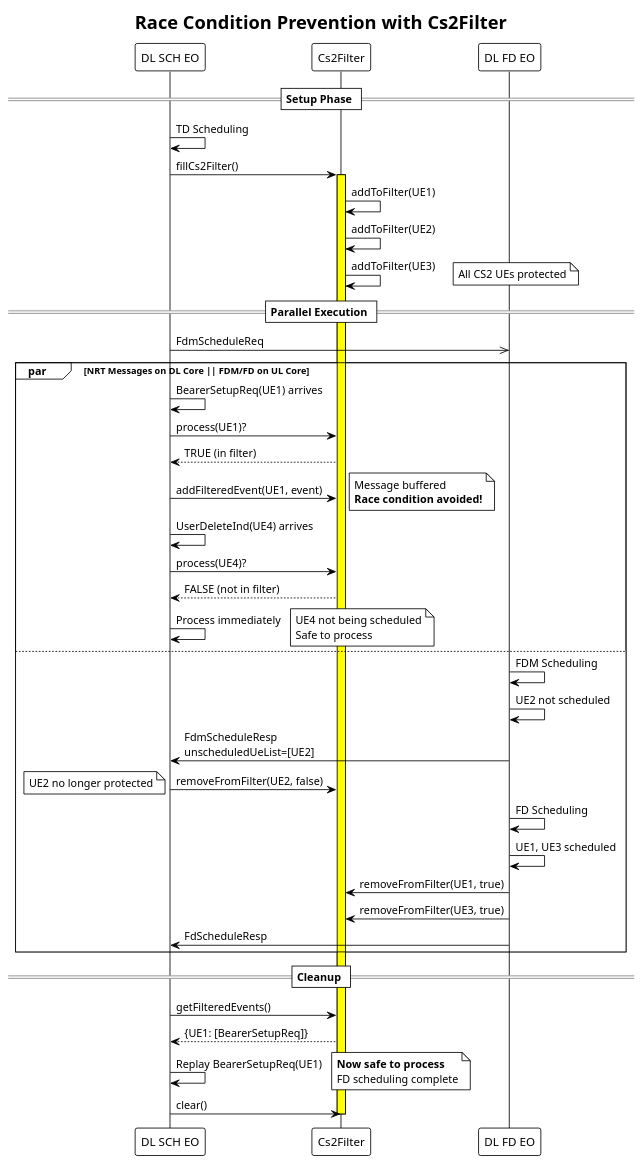
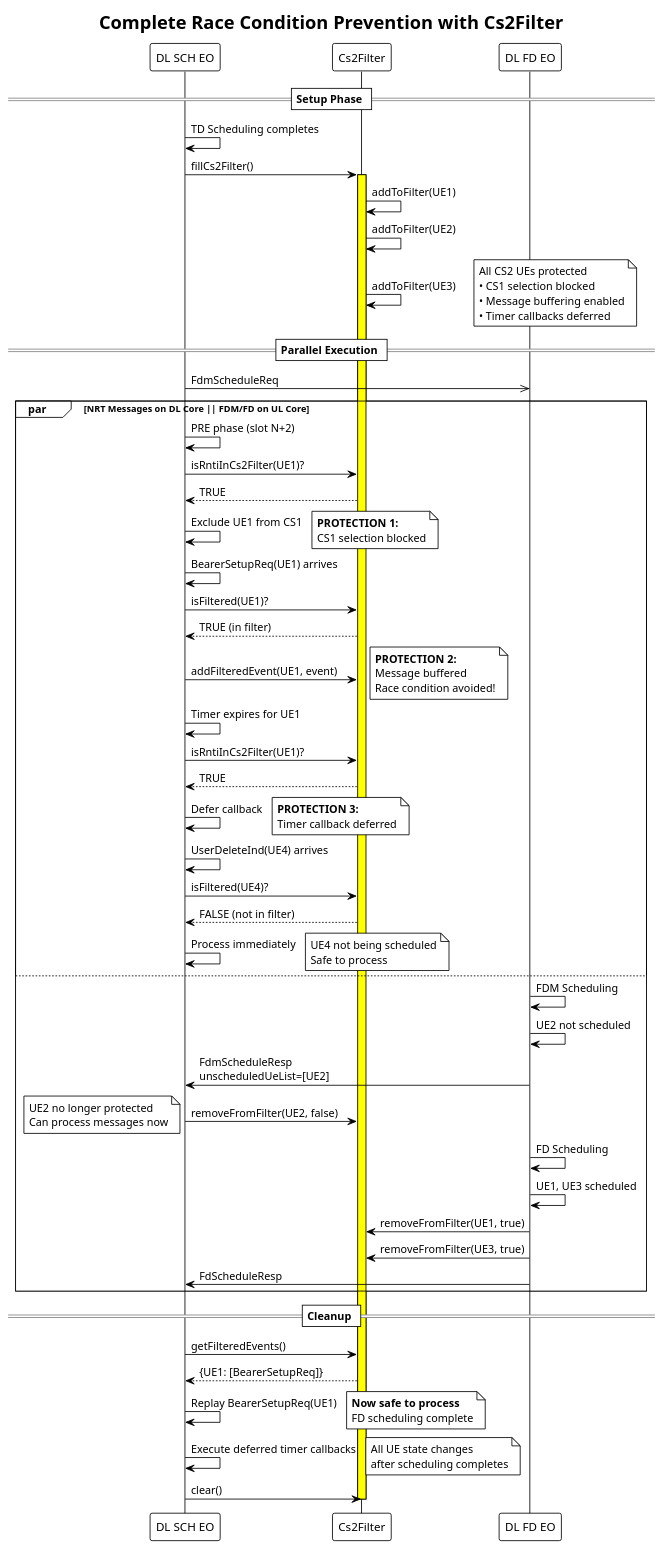
One commit to wanghaven/note changed diagram 15 of 20 in work/nokia/project/Parallel Scheduling/Poc/PARALLEL_SCHEDULING_DESIGN.md. Above: the diagram before and after it, drawn with PlantUML. The commit also changed other lines of this file and 3 other files, not shown here.

````diff
--- a/work/nokia/project/Parallel Scheduling/Poc/PARALLEL_SCHEDULING_DESIGN.md
+++ b/work/nokia/project/Parallel Scheduling/Poc/PARALLEL_SCHEDULING_DESIGN.md
@@ -756,62 +1969,77 @@
 ```plantuml
 @startuml
 !theme plain
-title Race Condition Prevention with Cs2Filter
+title Complete Race Condition Prevention with Cs2Filter
 
 participant "DL SCH EO" as DL
 participant "Cs2Filter" as Filter
 participant "DL FD EO" as FD
 
 == Setup Phase ==
-DL -> DL: TD Scheduling
+DL -> DL: TD Scheduling completes
 DL -> Filter: fillCs2Filter()
 activate Filter #Yellow
 Filter -> Filter: addToFilter(UE1)
 Filter -> Filter: addToFilter(UE2)
 Filter -> Filter: addToFilter(UE3)
-note right: All CS2 UEs protected
+note right: All CS2 UEs protected\n• CS1 selection blocked\n• Message buffering enabled\n• Timer callbacks deferred
 
 == Parallel Execution ==
 DL ->> FD: FdmScheduleReq
 
 par NRT Messages on DL Core || FDM/FD on UL Core
     
+    DL -> DL: PRE phase (slot N+2)
+    DL -> Filter: isRntiInCs2Filter(UE1)?
+    Filter --> DL: TRUE
+    DL -> DL: Exclude UE1 from CS1
+    note right: **PROTECTION 1:**\nCS1 selection blocked
+    
     DL -> DL: BearerSetupReq(UE1) arrives
-    DL -> Filter: process(UE1)?
+    DL -> Filter: isFiltered(UE1)?
     Filter --> DL: TRUE (in filter)
     DL -> Filter: addFilteredEvent(UE1, event)
-    note right: Message buffered\n**Race condition avoided!**
+    note right: **PROTECTION 2:**\nMessage buffered\nRace condition avoided!
+    
+    DL -> DL: Timer expires for UE1
+    DL -> Filter: isRntiInCs2Filter(UE1)?
+    Filter --> DL: TRUE
+    DL -> DL: Defer callback
+    note right: **PROTECTION 3:**\nTimer callback deferred
     
     DL -> DL: UserDeleteInd(UE4) arrives
-    DL -> Filter: process(UE4)?
+    DL -> Filter: isFiltered(UE4)?
     Filter --> DL: FALSE (not in filter)
     DL -> DL: Process immediately
     note right: UE4 not being scheduled\nSafe to process
     
 else
     
     FD -> FD: FDM Scheduling
     FD -> FD: UE2 not scheduled
     FD -> DL: FdmScheduleResp\nunscheduledUeList=[UE2]
     DL -> Filter: removeFromFilter(UE2, false)
-    note left: UE2 no longer protected
+    note left: UE2 no longer protected\nCan process messages now
     
     FD -> FD: FD Scheduling
     FD -> FD: UE1, UE3 scheduled
     FD -> Filter: removeFromFilter(UE1, true)
     FD -> Filter: removeFromFilter(UE3, true)
     FD -> DL: FdScheduleResp
     
 end
 
 == Cleanup ==
 DL -> Filter: getFilteredEvents()
 Filter --> DL: {UE1: [BearerSetupReq]}
 DL -> DL: Replay BearerSetupReq(UE1)
 note right: **Now safe to process**\nFD scheduling complete
 
+DL -> DL: Execute deferred timer callbacks
+note right: All UE state changes\nafter scheduling completes
+
 DL -> Filter: clear()
 deactivate Filter
 
 @enduml
 ```
````
